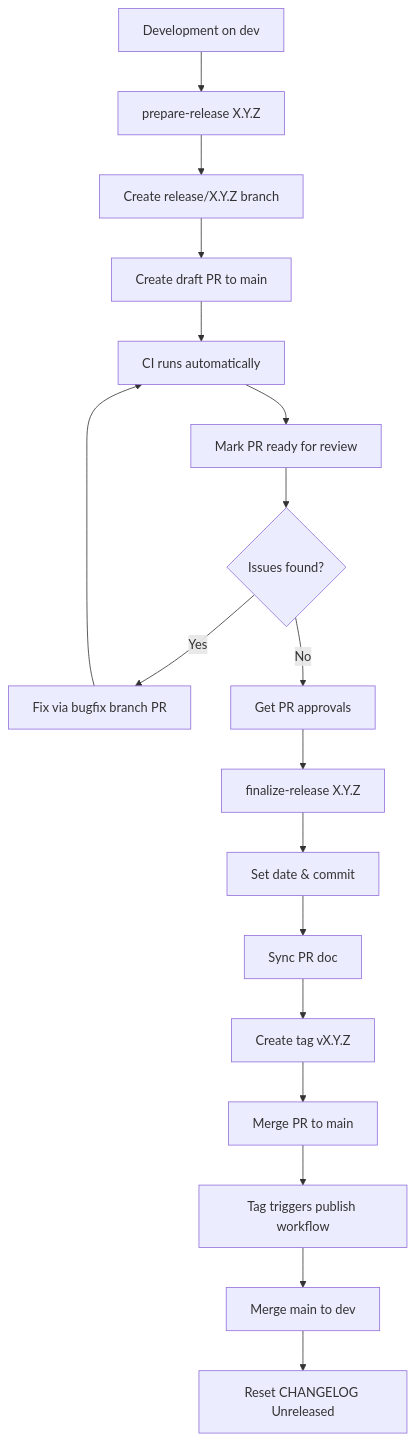
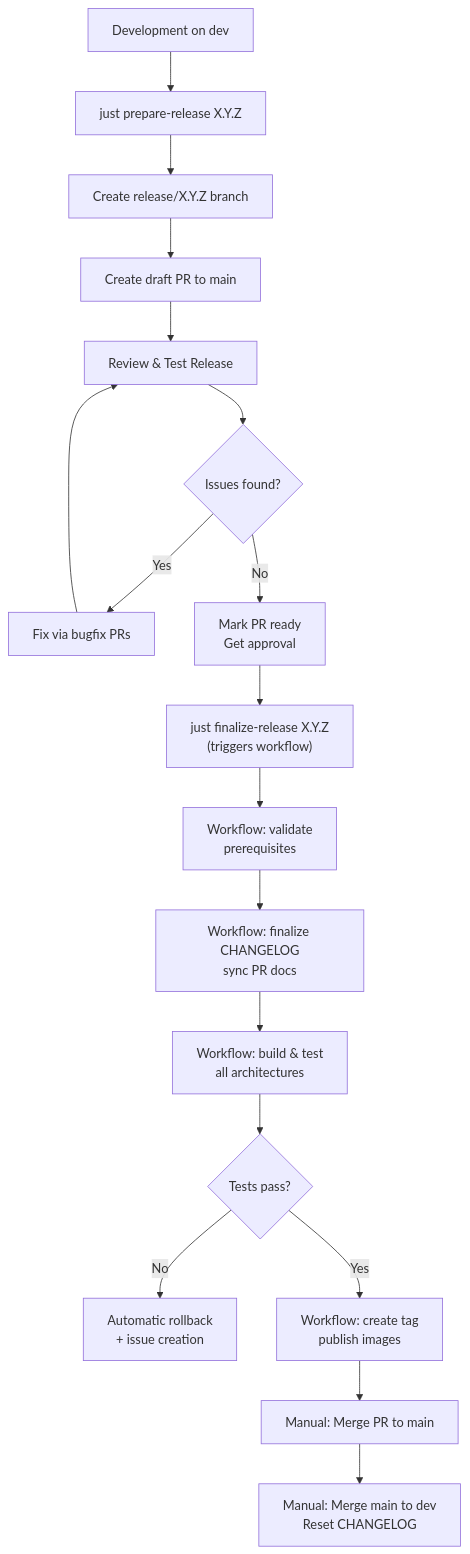
One commit to vig-os/devcontainer changed the second of 2 diagrams in docs/RELEASE_CYCLE.md. Above: the diagram before and after it, drawn with Mermaid. The commit also changed other lines of this file and 5 other files, not shown here.

First line of the commit message:
refactor(ci): move finalize-release from local script to GitHub Actions workflow

````diff
--- a/docs/RELEASE_CYCLE.md
+++ b/docs/RELEASE_CYCLE.md
@@ -65,20 +82,20 @@
 ```mermaid
 graph TB
-    A[Development on dev] --> B[prepare-release X.Y.Z]
-    B --> C[Create release/X.Y.Z branch]
-    C --> D[Create draft PR to main]
-    D --> E[CI runs automatically]
-    E --> F[Mark PR ready for review]
-    F --> G{Issues found?}
-    G -->|Yes| H[Fix via bugfix branch PR]
-    H --> E
-    G -->|No| I[Get PR approvals]
-    I --> J[finalize-release X.Y.Z]
-    J --> K[Set date & commit]
-    K --> L[Sync PR doc]
-    L --> M[Create tag vX.Y.Z]
-    M --> N[Merge PR to main]
-    N --> O[Tag triggers publish workflow]
-    O --> P[Merge main to dev]
-    P --> Q[Reset CHANGELOG Unreleased]
+    A["Development on dev"] --> B["just prepare-release X.Y.Z"]
+    B --> C["Create release/X.Y.Z branch"]
+    C --> D["Create draft PR to main"]
+    D --> E["Review & Test Release"]
+    E --> F{Issues found?}
+    F -->|Yes| G["Fix via bugfix PRs"]
+    G --> E
+    F -->|No| H["Mark PR ready<br/>Get approval"]
+    H --> I["just finalize-release X.Y.Z<br/>(triggers workflow)"]
+    I --> J["Workflow: validate<br/>prerequisites"]
+    J --> K["Workflow: finalize CHANGELOG<br/>sync PR docs"]
+    K --> L["Workflow: build & test<br/>all architectures"]
+    L --> M{Tests pass?}
+    M -->|No| N["Automatic rollback<br/>+ issue creation"]
+    M -->|Yes| O["Workflow: create tag<br/>publish images"]
+    O --> P["Manual: Merge PR to main"]
+    P --> Q["Manual: Merge main to dev<br/>Reset CHANGELOG"]
 ```
````
